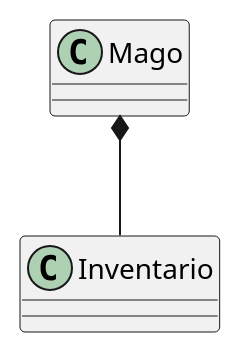
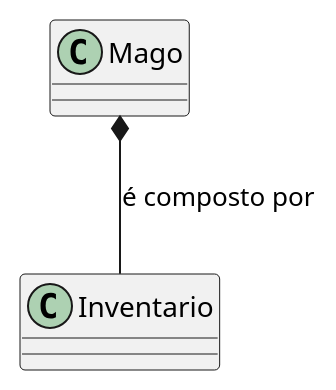
The sixth of 11 diagrams in Exemplos/ExemploRelacionamentos/RelacionamentoClasses.md (fellowsheep/APOO2025-2), drawn with PlantUML before and after one commit. The commit also changed other lines of this file and 14 other files, not shown here.

Commit message:
Adicionadas as imagens de diagrama de classes

````diff
--- a/Exemplos/ExemploRelacionamentos/RelacionamentoClasses.md
+++ b/Exemplos/ExemploRelacionamentos/RelacionamentoClasses.md
@@ -218,12 +234,9 @@
 ```plantuml
-@startuml
-skinparam classAttributeIconSize 0
-hide emptyMembers
-
+@startuml composicaoRPG
 class Mago
 class Inventario
 
 ' O Mago "é composto por" um Inventario
-Mago *-- Inventario
+Mago *-- Inventario: é composto por
 @enduml
 ```
````
